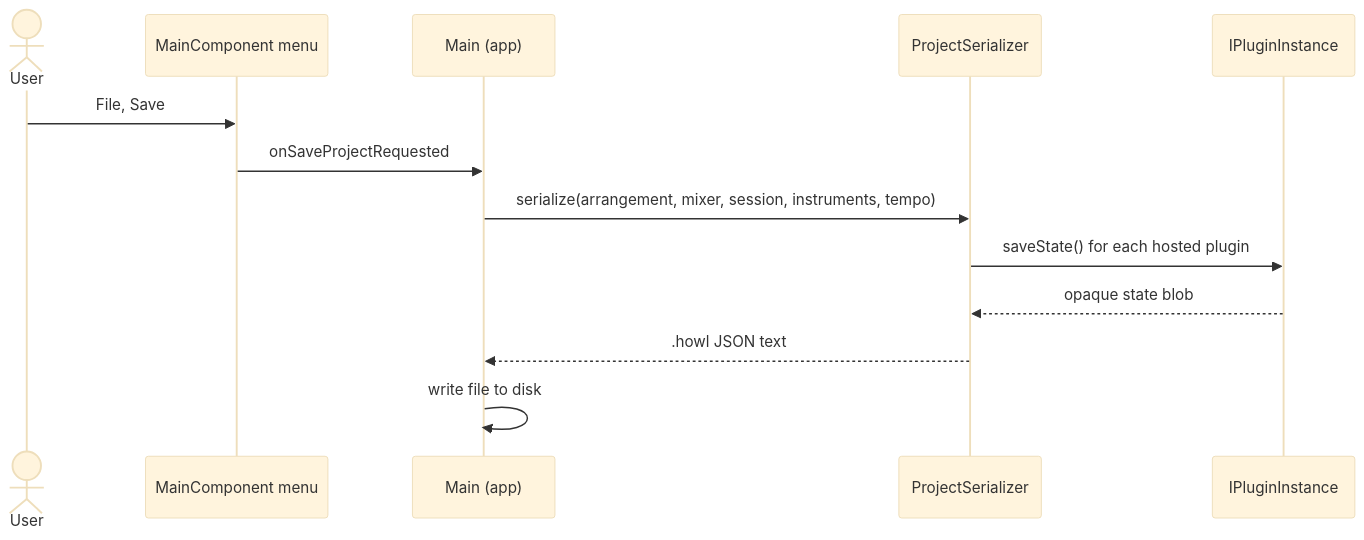
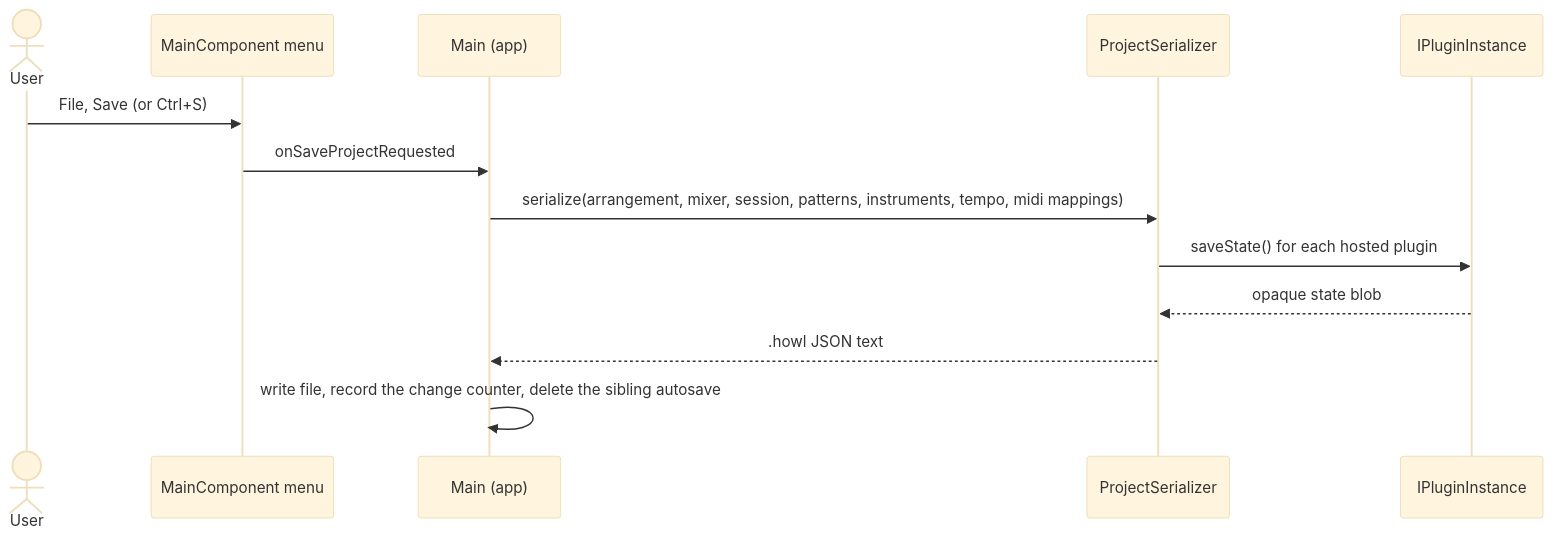
The sixth of 6 diagrams in docs/sequences.md (ajnieves1/Howl), drawn with Mermaid (base theme) before and after one commit. The commit also changed other lines of this file and 3 other files, not shown here.

First line of the commit message:
bring the reference docs up to date with the current architecture

````diff
--- a/docs/sequences.md
+++ b/docs/sequences.md
@@ -121,16 +151,16 @@
 ```mermaid
 sequenceDiagram
     actor User
     participant Menu as MainComponent menu
     participant App as Main (app)
     participant Ser as ProjectSerializer
     participant Plugin as IPluginInstance
 
-    User->>Menu: File, Save
+    User->>Menu: File, Save (or Ctrl+S)
     Menu->>App: onSaveProjectRequested
-    App->>Ser: serialize(arrangement, mixer, session, instruments, tempo)
+    App->>Ser: serialize(arrangement, mixer, session, patterns, instruments, tempo, midi mappings)
     Ser->>Plugin: saveState() for each hosted plugin
     Plugin-->>Ser: opaque state blob
     Ser-->>App: .howl JSON text
-    App->>App: write file to disk
+    App->>App: write file, record the change counter, delete the sibling autosave
 ```
````
